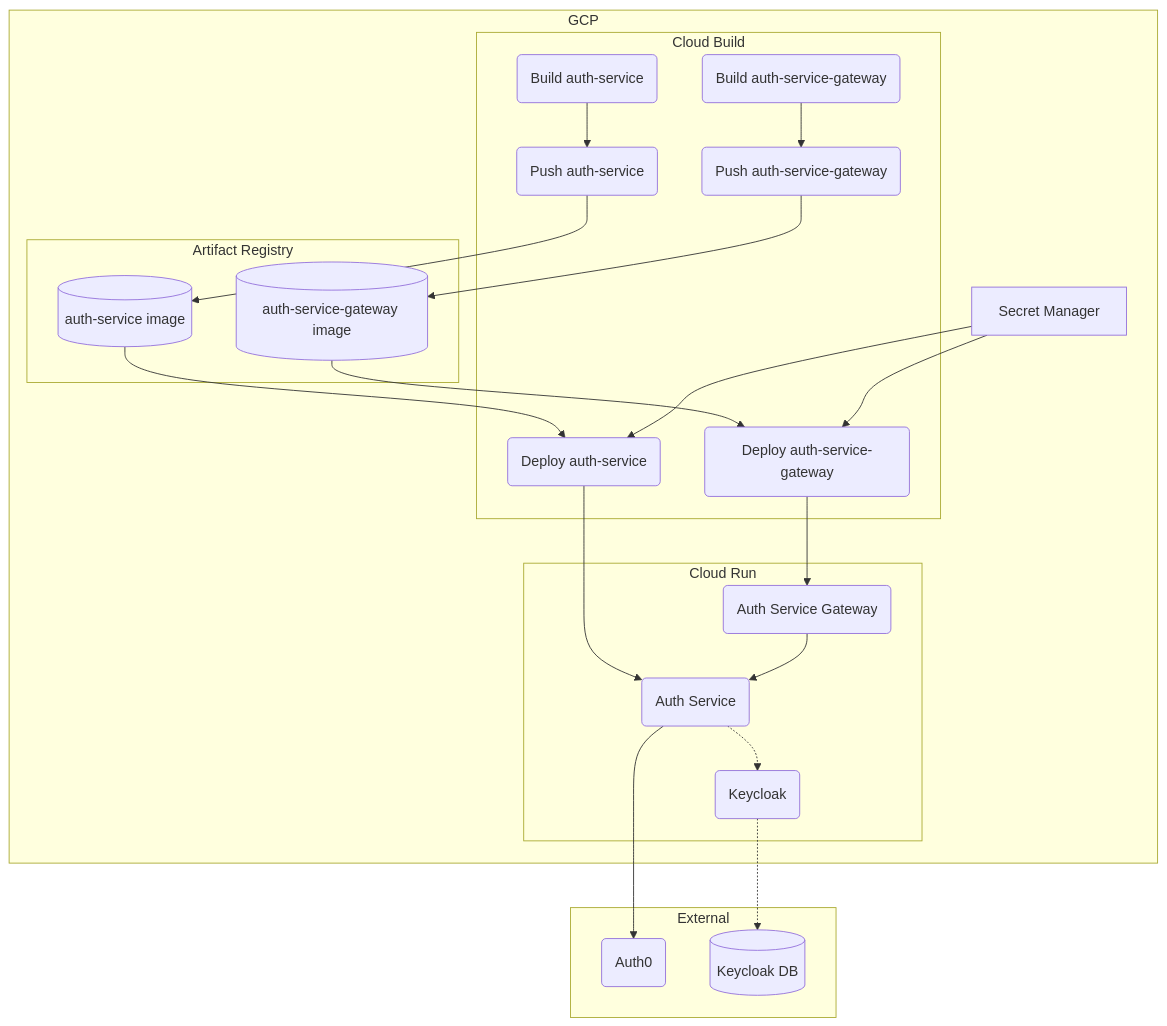
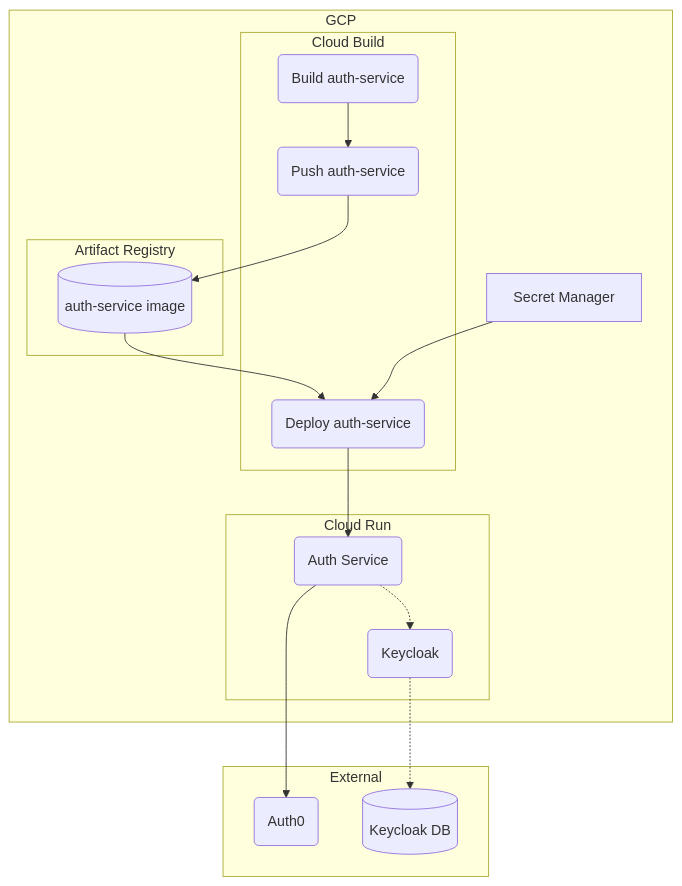
One commit to qkitzero/auth-service changed the second of 2 diagrams in README.md. Above: the diagram before and after it, drawn with Mermaid.

Commit message:
update: readme (#150)

````diff
--- a/README.md
+++ b/README.md
@@ -36,46 +36,36 @@
 ```mermaid
 flowchart TD
     subgraph gcp[GCP]
         secret_manager[Secret Manager]
 
         subgraph cloud_build[Cloud Build]
             build_auth_service(Build auth-service)
             push_auth_service(Push auth-service)
             deploy_auth_service(Deploy auth-service)
-
-            build_auth_service_gateway(Build auth-service-gateway)
-            push_auth_service_gateway(Push auth-service-gateway)
-            deploy_auth_service_gateway(Deploy auth-service-gateway)
         end
 
         subgraph artifact_registry[Artifact Registry]
             auth_service_image[(auth-service image)]
-            auth_service_gateway_image[(auth-service-gateway image)]
         end
 
         subgraph cloud_run[Cloud Run]
             auth_service(Auth Service)
-            auth_service_gateway(Auth Service Gateway)
             keycloak(Keycloak)
         end
     end
 
     subgraph external[External]
         auth0(Auth0)
         keycloak_db[(Keycloak DB)]
     end
 
     build_auth_service --> push_auth_service --> auth_service_image
-    build_auth_service_gateway --> push_auth_service_gateway --> auth_service_gateway_image
 
     auth_service_image --> deploy_auth_service --> auth_service
-    auth_service_gateway_image --> deploy_auth_service_gateway --> auth_service_gateway
 
     secret_manager --> deploy_auth_service
-    secret_manager --> deploy_auth_service_gateway
 
-    auth_service_gateway --> auth_service
     auth_service --> auth0
 
     auth_service -.-> keycloak -.-> keycloak_db
 ```
````
